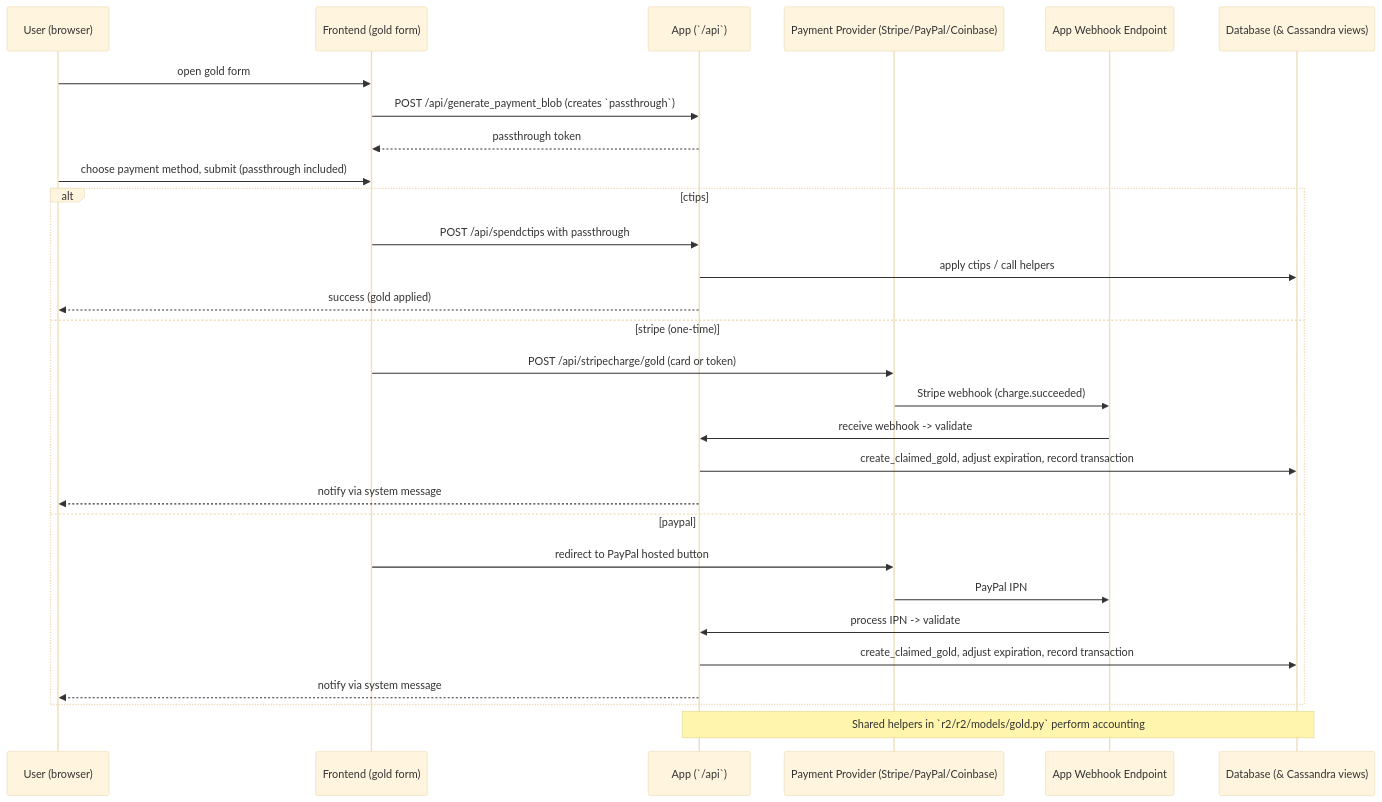
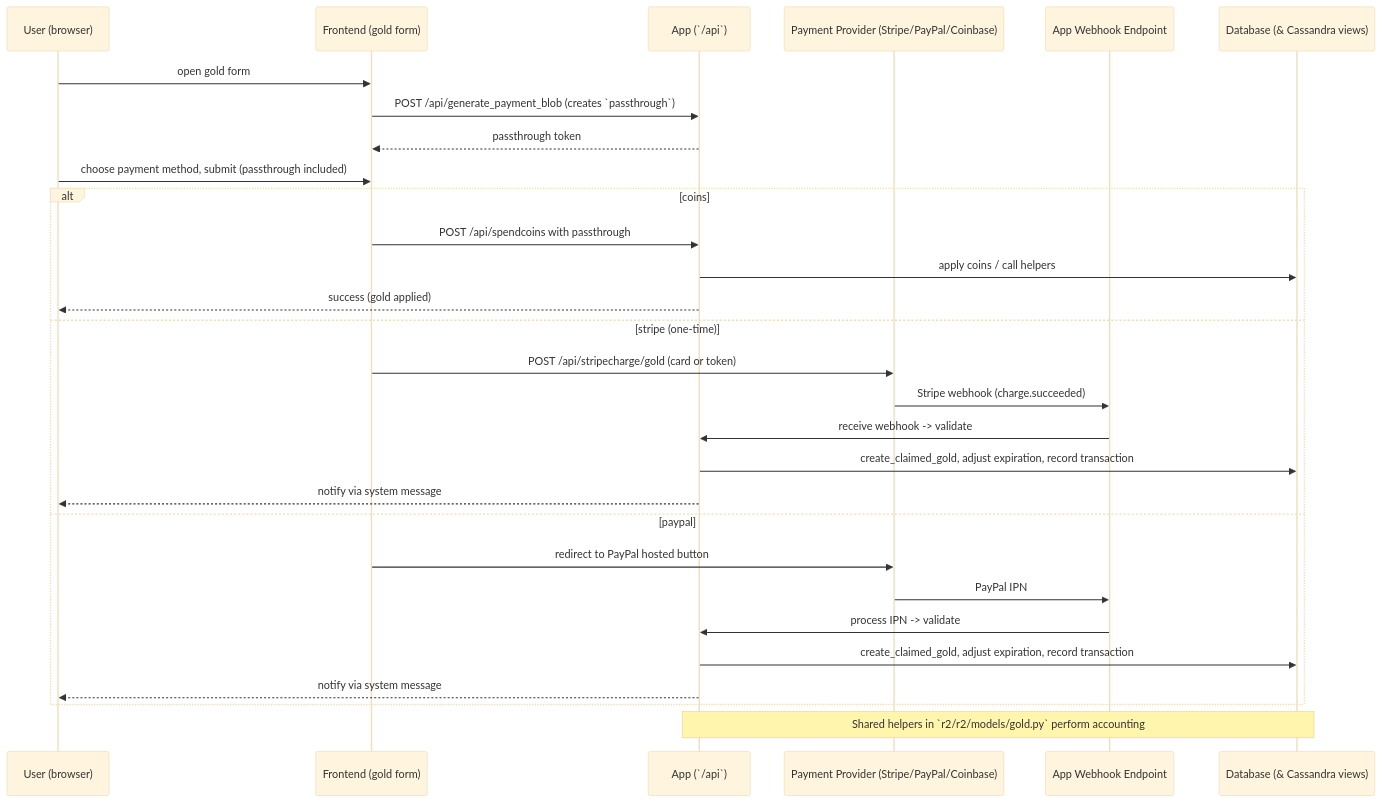
One commit to TechIdiots-LLC/tippr changed the diagram in docs/gold-payments.md. Above: the diagram before and after it, drawn with Mermaid (base theme). The commit also changed other lines of this file and 30 other files, not shown here.

First line of the commit message:
Rename the gold gifting currency from ctips to coins

````diff
--- a/docs/gold-payments.md
+++ b/docs/gold-payments.md
@@ -26,34 +26,34 @@
 ```mermaid
 sequenceDiagram
   participant U as User (browser)
   participant FE as Frontend (gold form)
   participant API as App (`/api`)
   participant Proc as Payment Provider (Stripe/PayPal/Coinbase)
   participant Webhook as App Webhook Endpoint
   participant DB as Database (& Cassandra views)
 
   U->>FE: open gold form
   FE->>API: POST /api/generate_payment_blob (creates `passthrough`)
   API-->>FE: passthrough token
   U->>FE: choose payment method, submit (passthrough included)
 
-  alt ctips
-    FE->>API: POST /api/spendctips with passthrough
-    API->>DB: apply ctips / call helpers
+  alt coins
+    FE->>API: POST /api/spendcoins with passthrough
+    API->>DB: apply coins / call helpers
     API-->>U: success (gold applied)
   else stripe (one-time)
     FE->>Proc: POST /api/stripecharge/gold (card or token)
     Proc->>Webhook: Stripe webhook (charge.succeeded)
     Webhook->>API: receive webhook -> validate
     API->>DB: create_claimed_gold, adjust expiration, record transaction
     API-->>U: notify via system message
   else paypal
     FE->>Proc: redirect to PayPal hosted button
     Proc->>Webhook: PayPal IPN
     Webhook->>API: process IPN -> validate
     API->>DB: create_claimed_gold, adjust expiration, record transaction
     API-->>U: notify via system message
   end
 
   Note over API,DB: Shared helpers in `r2/r2/models/gold.py` perform accounting
 ```
````
